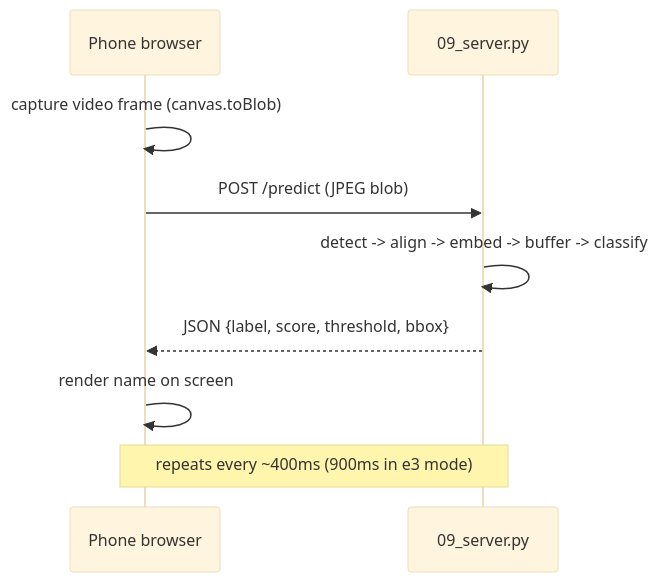
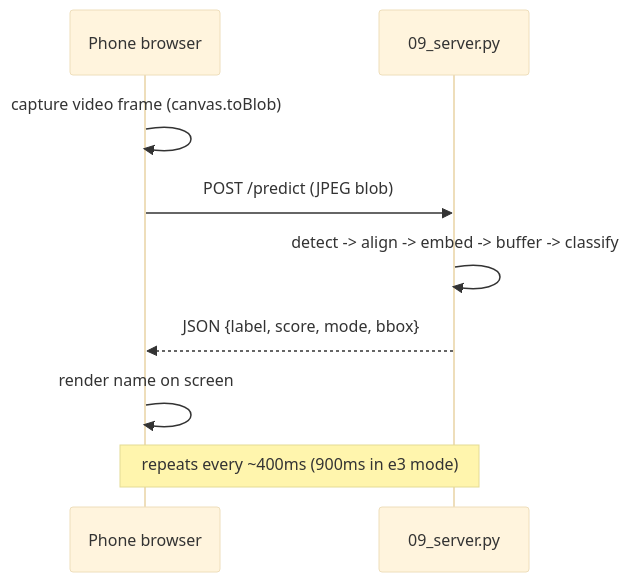
Before and after one commit to MishtiAloo/ML-train: the second of 2 diagrams in docs/inference.md, drawn with Mermaid (base theme). The commit also changed other lines of this file and 7 other files, not shown here.

````diff
--- a/docs/inference.md
+++ b/docs/inference.md
@@ -126,11 +122,11 @@
 ```mermaid
 sequenceDiagram
     participant Phone as Phone browser
     participant Server as 09_server.py
     Phone->>Phone: capture video frame (canvas.toBlob)
     Phone->>Server: POST /predict (JPEG blob)
     Server->>Server: detect -> align -> embed -> buffer -> classify
-    Server-->>Phone: JSON {label, score, threshold, bbox}
+    Server-->>Phone: JSON {label, score, mode, bbox}
     Phone->>Phone: render name on screen
     Note over Phone,Server: repeats every ~400ms (900ms in e3 mode)
 ```
````
